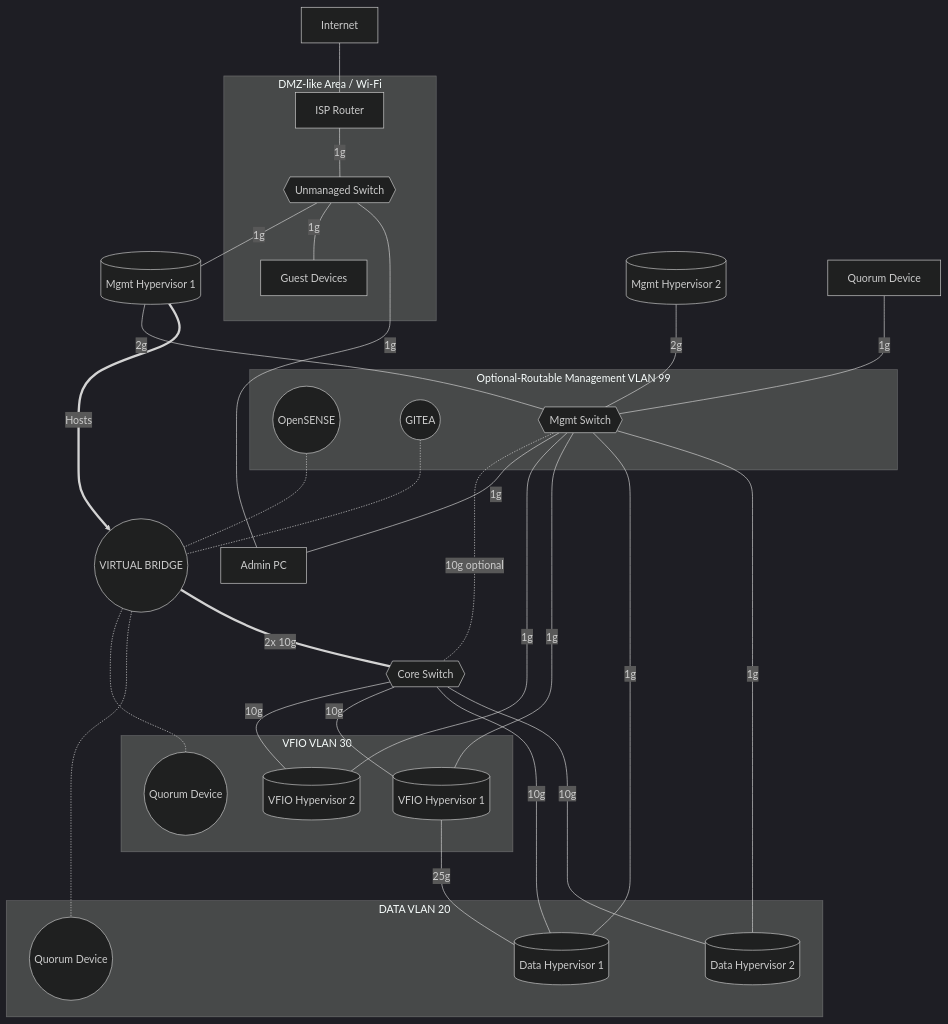
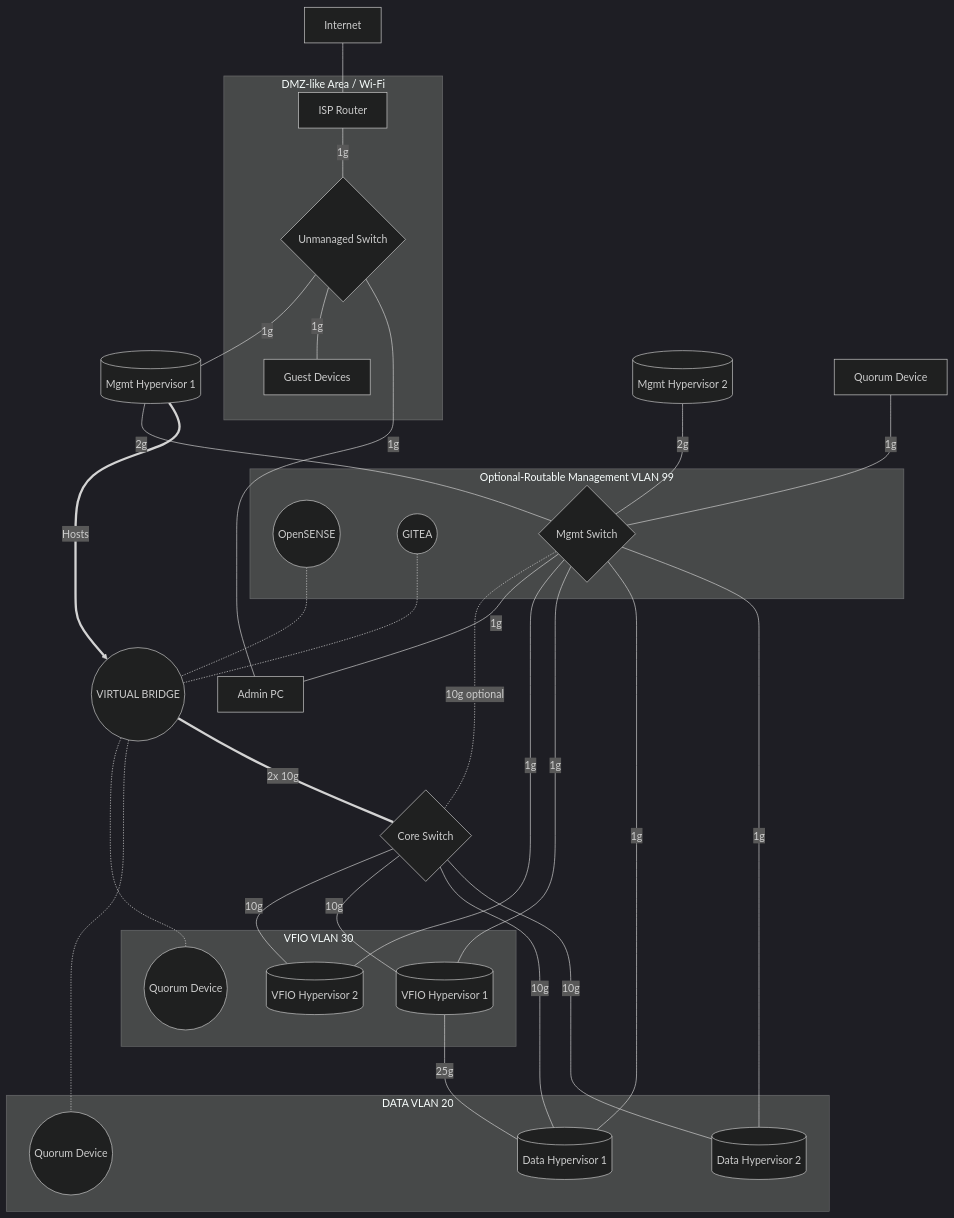
The diagram in arc/net1.md (woeiru/lab), drawn with Mermaid (dark theme) before and after one commit.

Commit message:
standard

````diff
--- a/arc/net1.md
+++ b/arc/net1.md
@@ -3,48 +3,48 @@
 ```mermaid
 graph TD
     INT[Internet] --- ISPR[ISP Router]
     ISPR ---|1g| US
-    US{{Unmanaged Switch}} ---|1g| MH1
+    US{Unmanaged Switch} ---|1g| MH1
     OPN((OpenSENSE)) -.- VB((VIRTUAL BRIDGE))
     GIT((GITEA)) -.- VB
     VB -.- QDV((Quorum Device))
     VB -.- QDD((Quorum Device))
-    VB ===|2x 10g| CS{{Core Switch}}
-    MH1[(Mgmt Hypervisor 1)] ---|2g| MS{{Mgmt Switch}}
+    VB ===|2x 10g| CS{Core Switch}
+    MH1[(Mgmt Hypervisor 1)] ---|2g| MS{Mgmt Switch}
     MH2[(Mgmt Hypervisor 2)] ---|2g| MS
     QDM[Quorum Device] ---|1g| MS
     MS -.-|10g optional| CS
     MS ---|1g| APC[Admin PC]
     APC ---|1g| US
     MH1 ==>|Hosts| VB
     CS ---|10g| VH2[(VFIO Hypervisor 2)]
     MS ---|1g| VH2
     US ---|1g| GD[Guest Devices]
     CS ---|10g| VH1[(VFIO Hypervisor 1)]
     MS ---|1g| VH1
     CS ---|10g| DH1[(Data Hypervisor 1)]
     MS ---|1g| DH1
     CS ---|10g| DH2[(Data Hypervisor 2)]
     MS ---|1g| DH2
     VH1 ---|25g| DH1
     subgraph VLAN20 [DATA VLAN 20]
         DH1
         DH2
         QDD
     end
     subgraph VLAN30 [VFIO VLAN 30]
         VH1
         VH2
         QDV
     end
     subgraph VLAN99 [Optional-Routable Management VLAN 99]
         MS
         OPN
         GIT
     end
     subgraph DMZ [DMZ-like Area / Wi-Fi]
         ISPR
         GD
         US
     end
 ```
````
